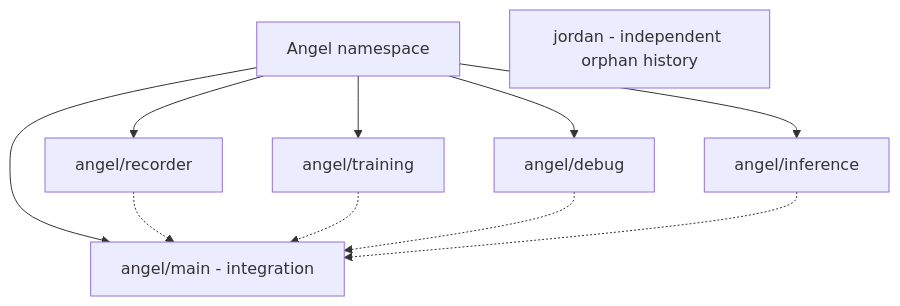
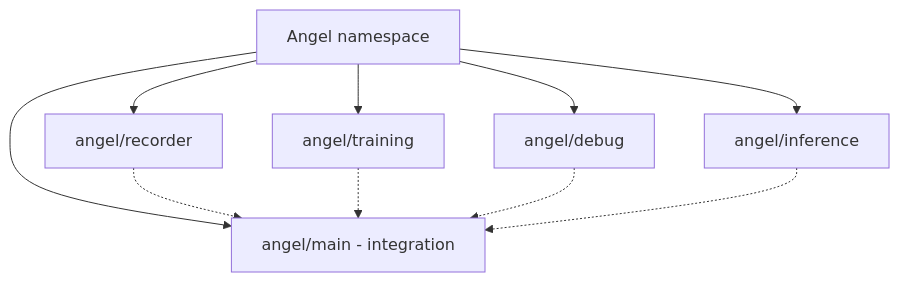
One commit to angelinemar/NSTC-Surgical-Instrument-Pick-Place changed the first of 2 diagrams in docs/BRANCHES.md. Above: the diagram before and after it, drawn with Mermaid. The commit also changed other lines of this file and 7 other files, not shown here.

````diff
--- a/docs/BRANCHES.md
+++ b/docs/BRANCHES.md
@@ -8,13 +8,12 @@
 ```mermaid
 flowchart TD
     A["Angel namespace"] --> M["angel/main - integration"]
     A --> R["angel/recorder"]
     A --> T["angel/training"]
     A --> D["angel/debug"]
     A --> I["angel/inference"]
     R -.-> M
     T -.-> M
     D -.-> M
     I -.-> M
-    J["jordan - independent orphan history"]
 ```
````
